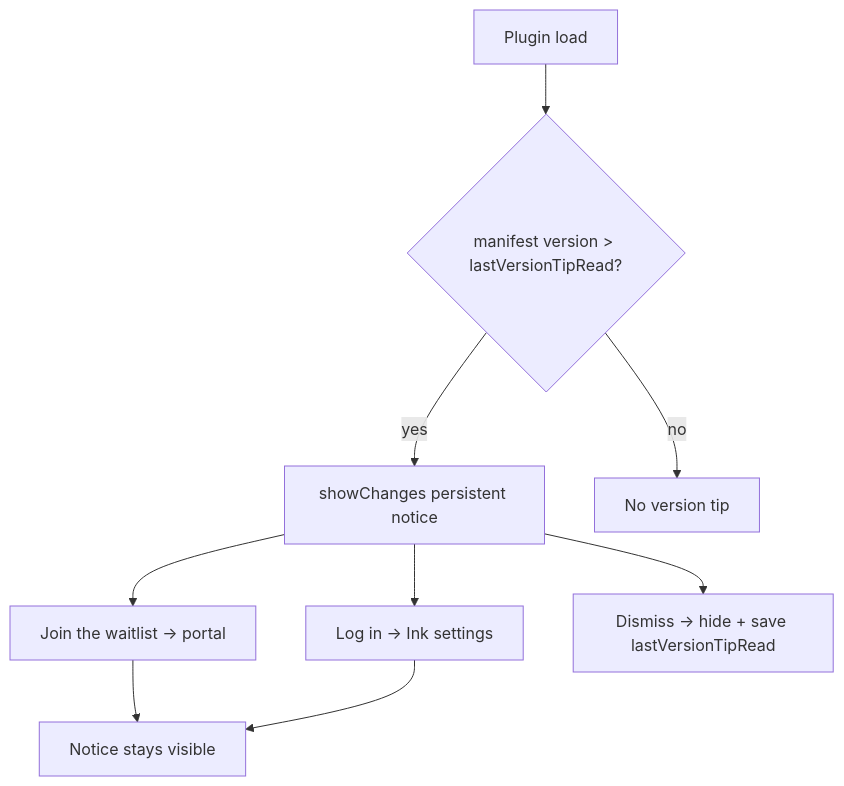
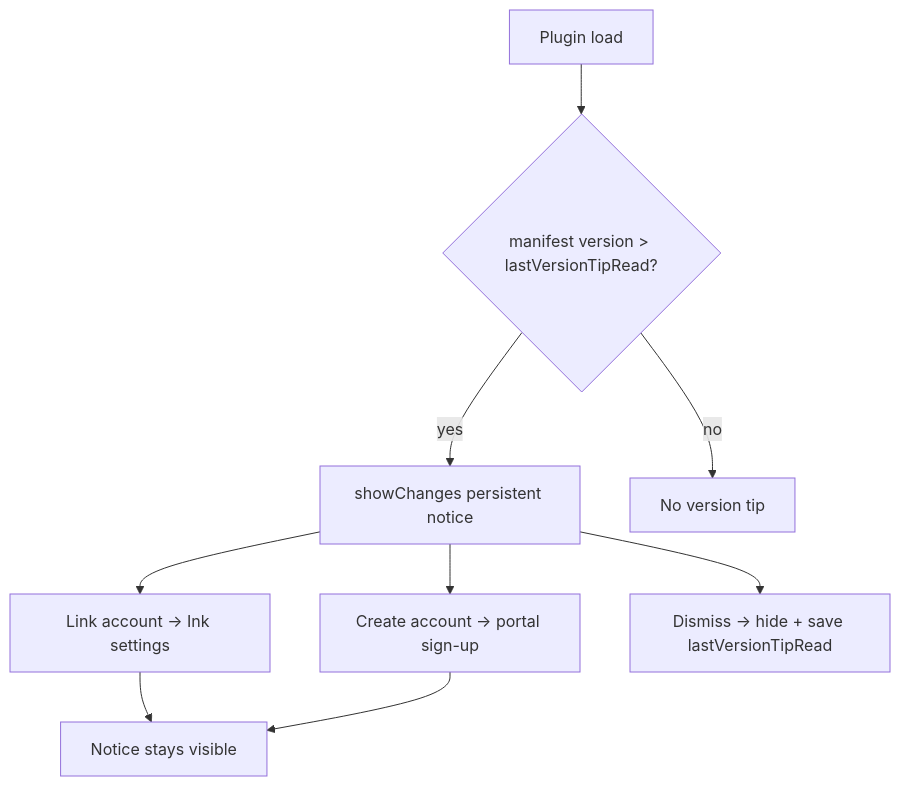
The diagram in docs/version-and-welcome-notices.md (daledesilva/obsidian_ink), drawn with Mermaid before and after one commit. The commit also changed other lines of this file and 15 other files, not shown here.

Commit message:
updated: Replaced the early-access card and waitlist CTA with a shared Link account button and Create account link in settings and the version notice. Moved high contrast into the main settings list and keyed notice inversion off that shared primary button class.

````diff
--- a/docs/version-and-welcome-notices.md
+++ b/docs/version-and-welcome-notices.md
@@ -28,11 +28,11 @@
 ```mermaid
 flowchart TD
   Load[Plugin load] --> Semver{manifest version > lastVersionTipRead?}
   Semver -->|yes| Show[showChanges persistent notice]
   Semver -->|no| Skip[No version tip]
-  Show --> Waitlist[Join the waitlist → portal]
-  Show --> Login[Log in → Ink settings]
+  Show --> Link[Link account → Ink settings]
+  Show --> Create[Create account → portal sign-up]
   Show --> Dismiss[Dismiss → hide + save lastVersionTipRead]
-  Waitlist --> StayOpen[Notice stays visible]
-  Login --> StayOpen
+  Link --> StayOpen[Notice stays visible]
+  Create --> StayOpen
 ```
````
